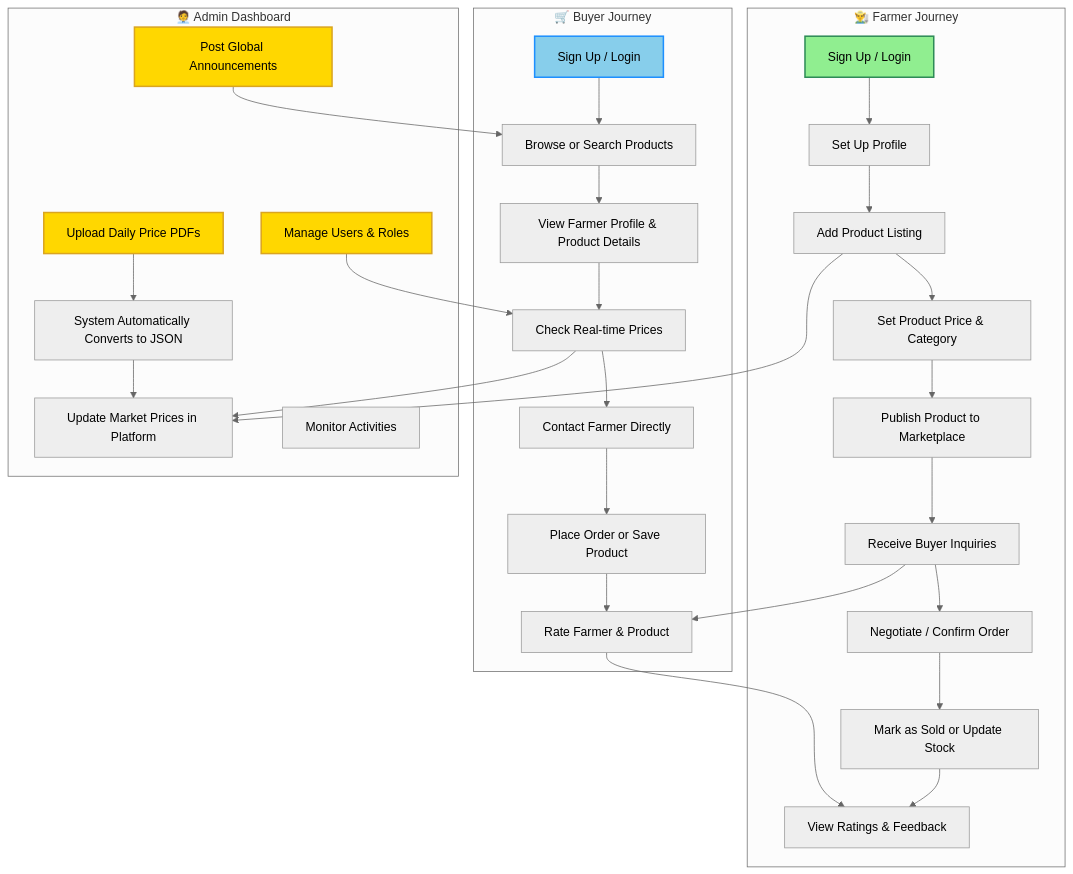
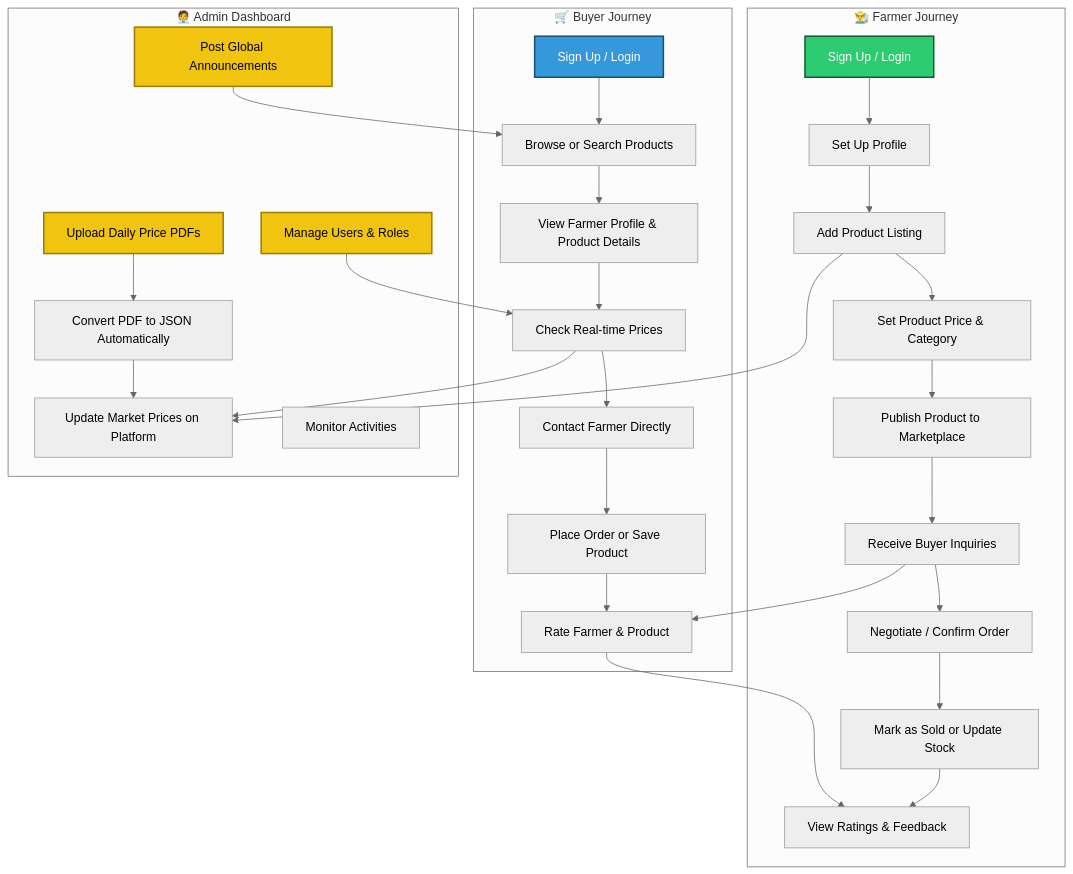
The first of 2 diagrams in README.md (Janriisasi/anisavev2), drawn with Mermaid (neutral theme) before and after one commit. The commit also changed other lines of this file, not shown here.

Commit message:
updated readme file

````diff
--- a/README.md
+++ b/README.md
@@ -59,49 +57,50 @@
 ```mermaid
 graph TD
     %% FARMER FLOW
     subgraph "👨‍🌾 Farmer Journey"
         A[Sign Up / Login] --> B[Set Up Profile]
         B --> C[Add Product Listing]
         C --> D[Set Product Price & Category]
         D --> E[Publish Product to Marketplace]
         E --> F[Receive Buyer Inquiries]
         F --> G[Negotiate / Confirm Order]
         G --> H[Mark as Sold or Update Stock]
         H --> I[View Ratings & Feedback]
     end
 
     %% BUYER FLOW
     subgraph "🛒 Buyer Journey"
         J[Sign Up / Login] --> K[Browse or Search Products]
         K --> L[View Farmer Profile & Product Details]
         L --> M[Check Real-time Prices]
         M --> N[Contact Farmer Directly]
         N --> O[Place Order or Save Product]
         O --> P[Rate Farmer & Product]
     end
 
     %% ADMIN FLOW
     subgraph "🧑‍💼 Admin Dashboard"
         Q[Manage Users & Roles]
         R[Upload Daily Price PDFs]
-        S[System Automatically Converts to JSON]
-        T[Update Market Prices in Platform]
+        S[Convert PDF to JSON Automatically]
+        T[Update Market Prices on Platform]
         U[Post Global Announcements]
         V[Monitor Activities]
         R --> S --> T
     end
 
     %% CONNECTIONS
     C --> T
     M --> T
     F --> P
     P --> I
     Q --> M
     U --> K
 
-    style A fill:#90EE90,stroke:#2E8B57,stroke-width:2px
-    style J fill:#87CEEB,stroke:#1E90FF,stroke-width:2px
-    style Q fill:#FFD700,stroke:#DAA520,stroke-width:2px
-    style R fill:#FFD700,stroke:#DAA520,stroke-width:2px
-    style U fill:#FFD700,stroke:#DAA520,stroke-width:2px
+    %% COLORS (brighter and readable)
+    style A fill:#2ecc71,stroke:#145a32,stroke-width:2px,color:#ffffff
+    style J fill:#3498db,stroke:#1b4f72,stroke-width:2px,color:#ffffff
+    style Q fill:#f1c40f,stroke:#9a7d0a,stroke-width:2px,color:#000000
+    style R fill:#f1c40f,stroke:#9a7d0a,stroke-width:2px,color:#000000
+    style U fill:#f1c40f,stroke:#9a7d0a,stroke-width:2px,color:#000000
 ```
````
